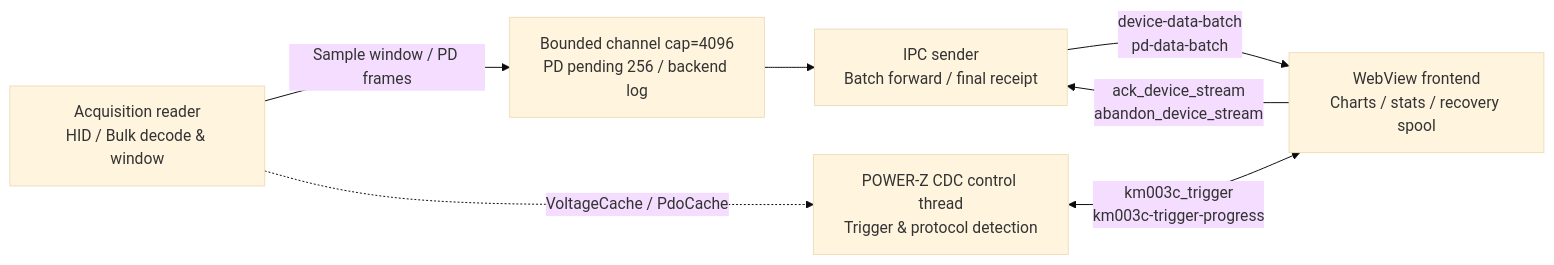
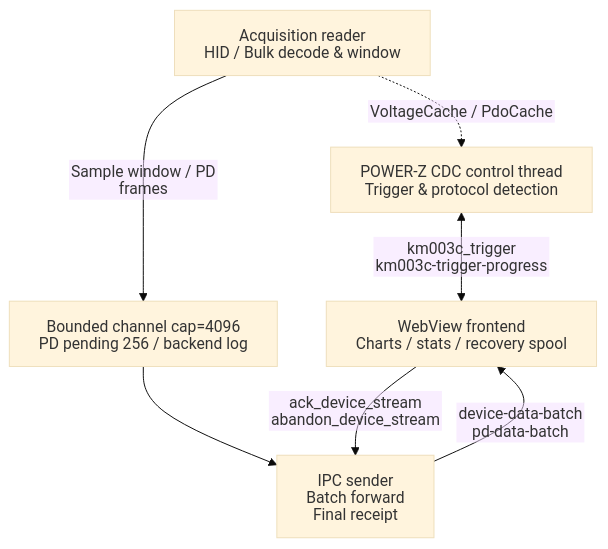
The second of 4 diagrams in docs/en/ARCHITECTURE.md (KHWLGH/laPower), drawn with Mermaid (base theme) before and after one commit. The commit also changed other lines of this file and 1 other file, not shown here.

Commit message:
docs: fix Mermaid label rendering

````diff
--- a/docs/en/ARCHITECTURE.md
+++ b/docs/en/ARCHITECTURE.md
@@ -91,15 +100,22 @@
 ```mermaid
-flowchart LR
+---
+config:
+  htmlLabels: false
+  flowchart:
+    diagramPadding: 84
+    wrappingWidth: 240
+---
+flowchart TB
   READER["Acquisition reader<br/>HID / Bulk decode & window"]
   QUEUE["Bounded channel cap=4096<br/>PD pending 256 / backend log"]
-  EMITTER["IPC sender<br/>Batch forward / final receipt"]
+  EMITTER["IPC sender<br/>Batch forward<br/>Final receipt"]
   CDC["POWER-Z CDC control thread<br/>Trigger & protocol detection"]
   WV["WebView frontend<br/>Charts / stats / recovery spool"]
 
-  READER -->|"Sample window / PD frames"| QUEUE
+  READER -.->|"VoltageCache / PdoCache"| CDC
   QUEUE --> EMITTER
   EMITTER -->|"device-data-batch<br/>pd-data-batch"| WV
   WV -->|"ack_device_stream<br/>abandon_device_stream"| EMITTER
-  READER -.->|"VoltageCache / PdoCache"| CDC
+  READER -->|"Sample window / PD frames"| QUEUE
   CDC <-->|"km003c_trigger<br/>km003c-trigger-progress"| WV
 ```
````
